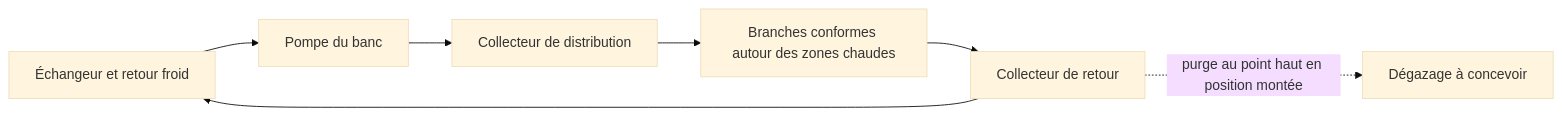
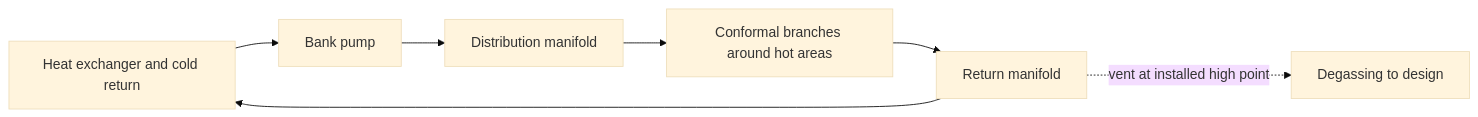
The diagram in twins/962-cylinder-head-f0/README.md (cluster2600/porscheparts), drawn with Mermaid (base theme) before and after one commit. The commit also changed other lines of this file and 43 other files, not shown here.

````diff
--- a/twins/962-cylinder-head-f0/README.md
+++ b/twins/962-cylinder-head-f0/README.md
@@ -150,9 +163,9 @@
 ```mermaid
 flowchart LR
-  R[Échangeur et retour froid] --> P[Pompe du banc]
-  P --> F[Collecteur de distribution]
-  F --> H[Branches conformes autour des zones chaudes]
-  H --> C[Collecteur de retour]
+  R["Heat exchanger and cold return"] --> P["Bank pump"]
+  P --> F["Distribution manifold"]
+  F --> H["Conformal branches around hot areas"]
+  H --> C["Return manifold"]
   C --> R
-  C -. purge au point haut en position montée .-> D[Dégazage à concevoir]
+  C -. "vent at installed high point" .-> D["Degassing to design"]
 ```
````
